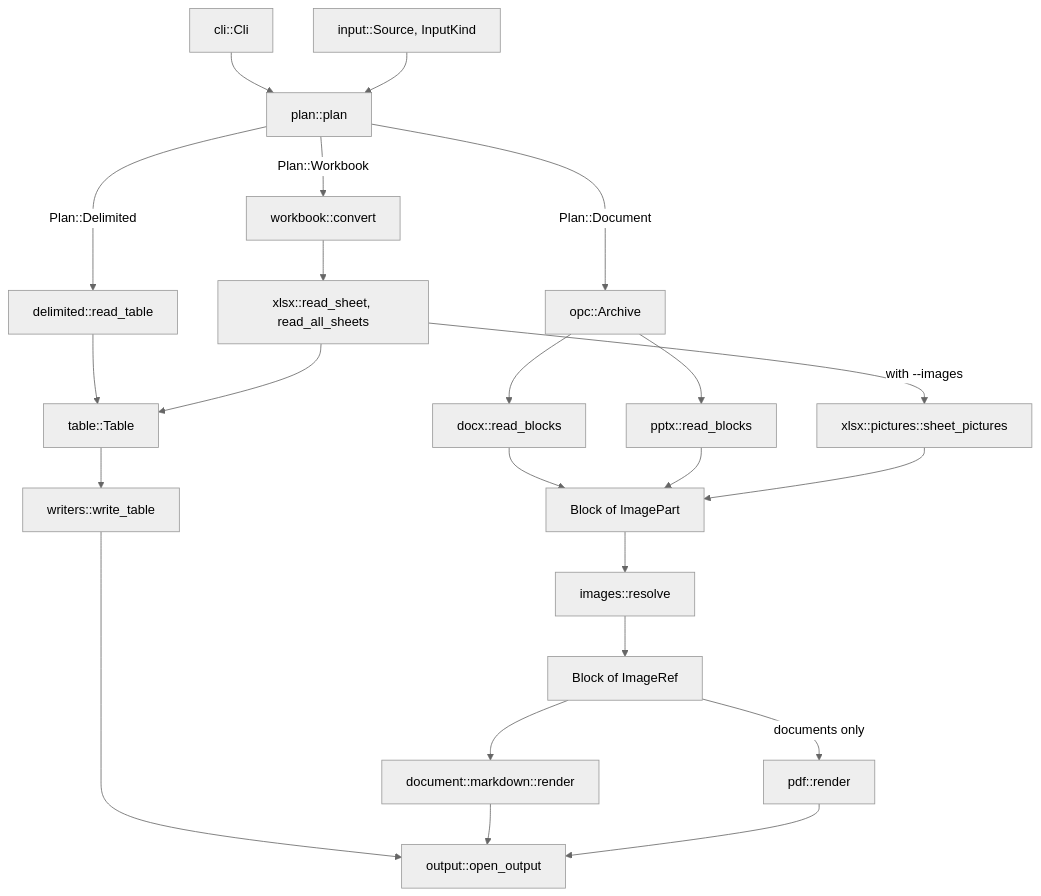
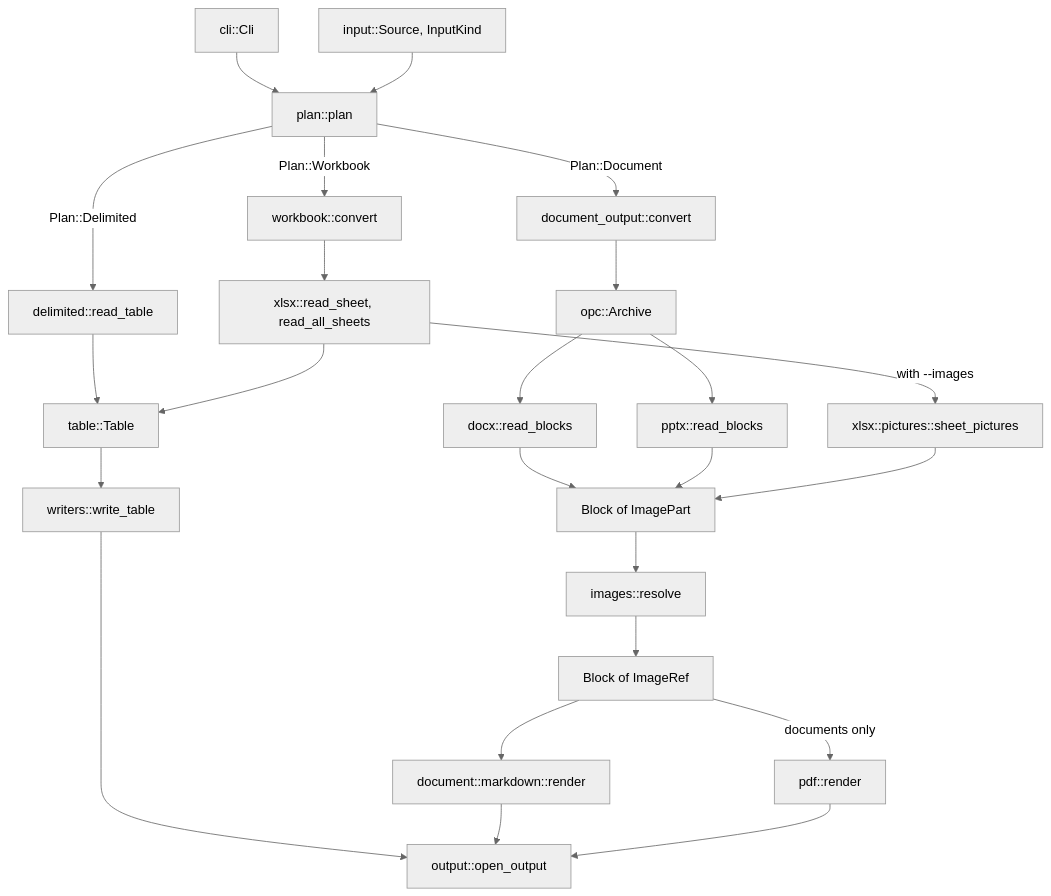
One commit to awcameron/officeconv changed the diagram in ARCHITECTURE.md. Above: the diagram before and after it, drawn with Mermaid (neutral theme). The commit also changed other lines of this file and 3 other files, not shown here.

````diff
--- a/ARCHITECTURE.md
+++ b/ARCHITECTURE.md
@@ -19,31 +19,32 @@
 ```mermaid
 flowchart TD
     cli["cli::Cli"] --> plan["plan::plan"]
     source["input::Source, InputKind"] --> plan
 
     plan -->|"Plan::Delimited"| delimited["delimited::read_table"]
     plan -->|"Plan::Workbook"| workbook["workbook::convert"]
     workbook --> xlsx["xlsx::read_sheet, read_all_sheets"]
-    plan -->|"Plan::Document"| archive["opc::Archive"]
+    plan -->|"Plan::Document"| document_output["document_output::convert"]
+    document_output --> archive["opc::Archive"]
 
     archive --> docx["docx::read_blocks"]
     archive --> pptx["pptx::read_blocks"]
     docx --> blocks["Block of ImagePart"]
     pptx --> blocks
     xlsx -->|"with --images"| pictures["xlsx::pictures::sheet_pictures"]
     pictures --> blocks
 
     delimited --> table["table::Table"]
     xlsx --> table
 
     blocks --> resolve["images::resolve"]
     resolve --> resolved["Block of ImageRef"]
 
     table --> write_table["writers::write_table"]
     resolved --> markdown["document::markdown::render"]
     resolved -->|"documents only"| pdf["pdf::render"]
 
     write_table --> output["output::open_output"]
     markdown --> output
     pdf --> output
 ```
````
